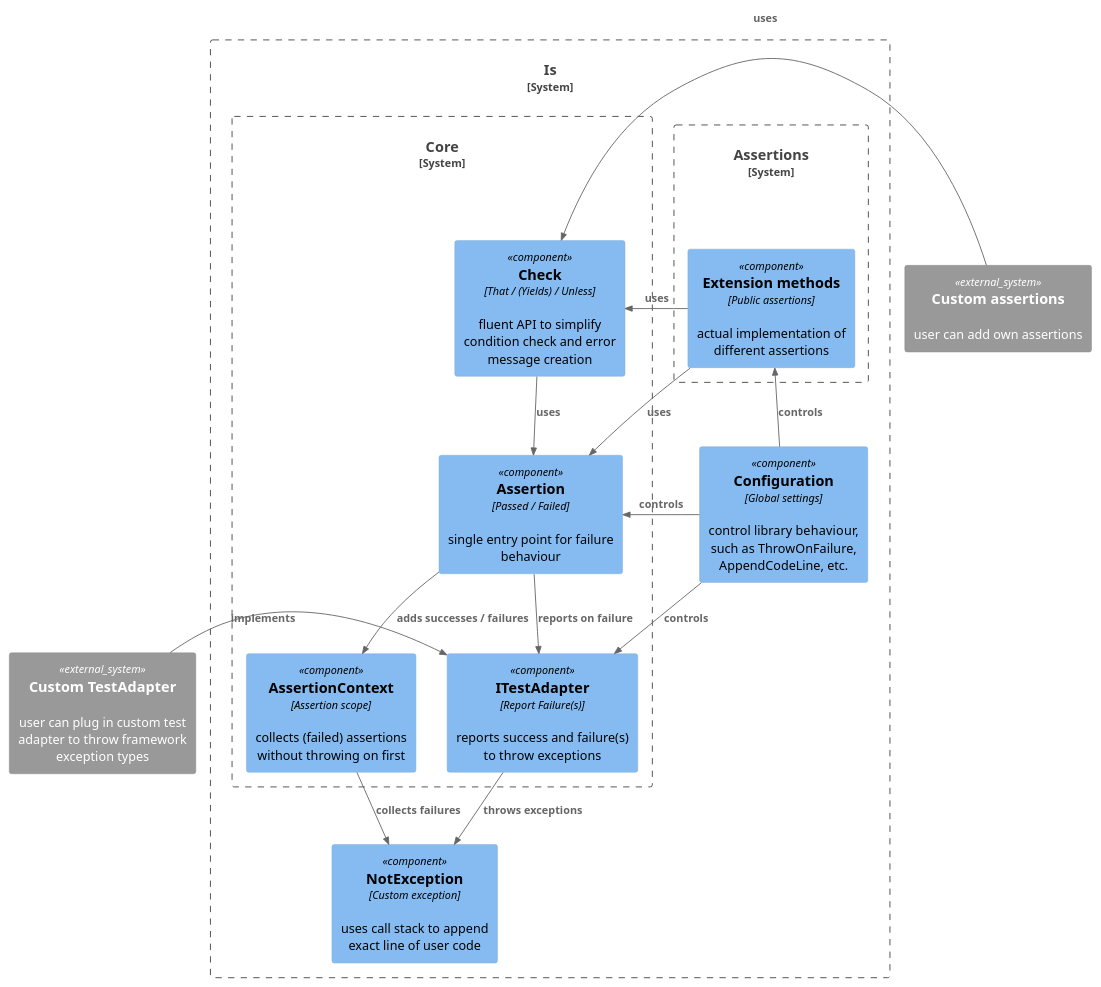
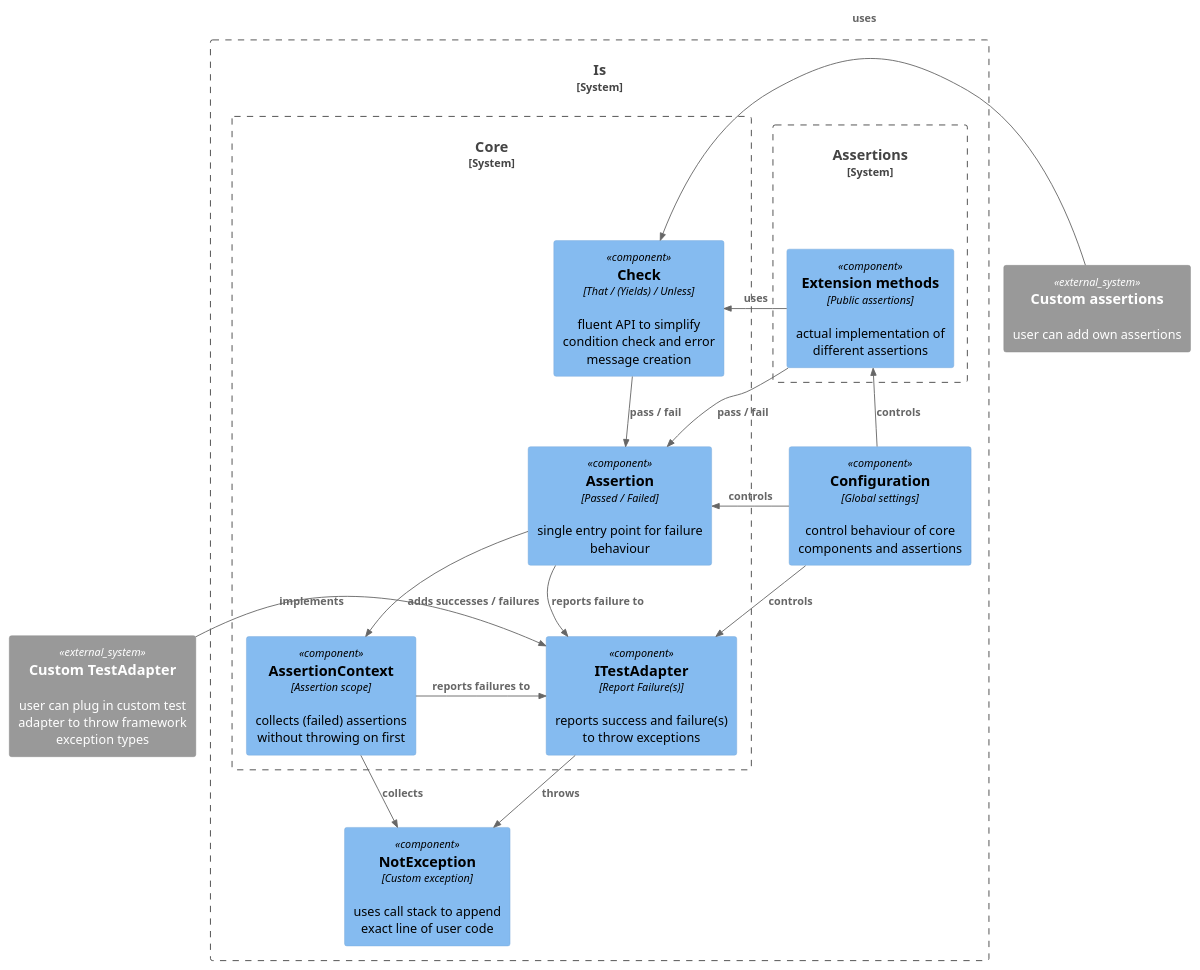
Before and after one commit to chrismo80/Is: the diagram in Docs/Architecture.plantuml, drawn with PlantUML. The commit also changed 1 other file, not shown here.

Commit message:
Update architecture

```diff
--- a/Docs/Architecture.plantuml
+++ b/Docs/Architecture.plantuml
@@ -1,44 +1,46 @@
 @startuml "Architecture"
 
 !include <C4/C4_Component>
 
 ' left to right direction
 
 System_Ext(ca, "Custom assertions", "user can add own assertions")
 System_Ext(cta, "Custom TestAdapter", "user can plug in custom test adapter to throw framework exception types")
 
 System_Boundary(Is, "Is") {
     Component(ex, "NotException", "Custom exception", "uses call stack to append exact line of user code")
-    Component(conf, "Configuration", "Global settings", "control library behaviour, such as ThrowOnFailure, AppendCodeLine, etc.")
+    Component(conf, "Configuration", "Global settings", "control behaviour of core components and assertions")
 
     System_Boundary(Assertions, "Assertions") {
         Component(ext, "Extension methods", "Public assertions", "actual implementation of different assertions")
         }
 
     System_Boundary(Core, "Core") {
         Component(ass, "Assertion", "Passed / Failed", "single entry point for failure behaviour")
         Component(check, "Check", "That / (Yields) / Unless", "fluent API to simplify condition check and error message creation")
         Component(ctx, "AssertionContext", "Assertion scope", "collects (failed) assertions without throwing on first")
         Component(ita, "ITestAdapter", "Report Failure(s)", "reports success and failure(s) to throw exceptions")
         }
     }
 }
 
-Rel(ass, ita, "reports on failure")
-Rel(ctx, ex, "collects failures")
-Rel(ita, ex, "throws exceptions")
+Rel(ass, ita, "reports failure to")
+Rel(ctx, ex, "collects")
+Rel(ita, ex, "throws")
 Rel_R(cta, ita, "implements")
 
 Rel_U(ext, check, "uses")
-Rel(ext, ass, "uses")
+Rel(ext, ass, "pass / fail")
 Rel_L(ca, check, "uses")
 
-Rel(check, ass, "uses")
+Rel_L(ctx, ita, "reports failures to")
+
+Rel(check, ass, "pass / fail")
 Rel(ass, ctx, "adds successes / failures")
 
 Rel_R(conf, ass, "controls")
 Rel(conf, ita, "controls")
 Rel_U(conf, ext, "controls")
 
 
 @enduml
```
